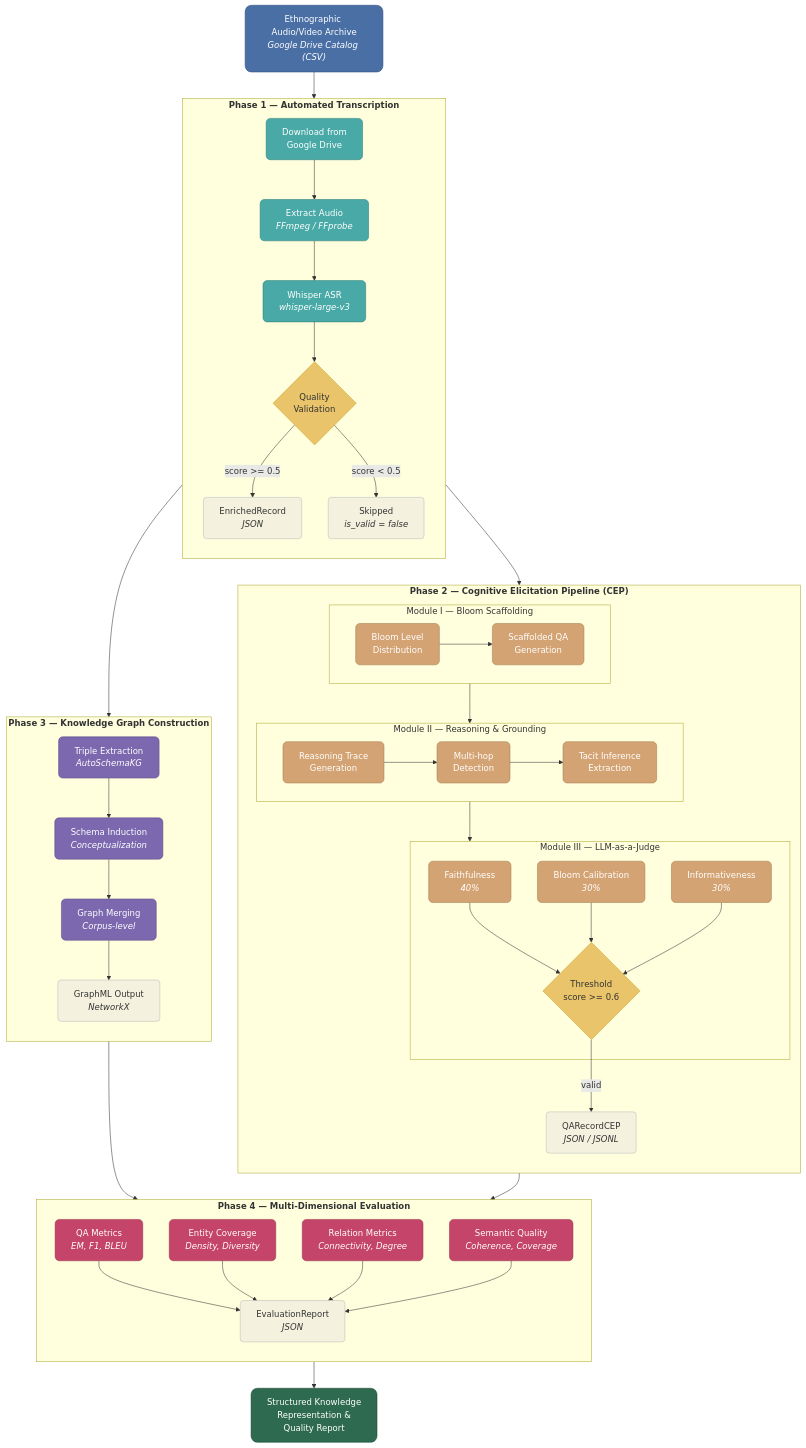
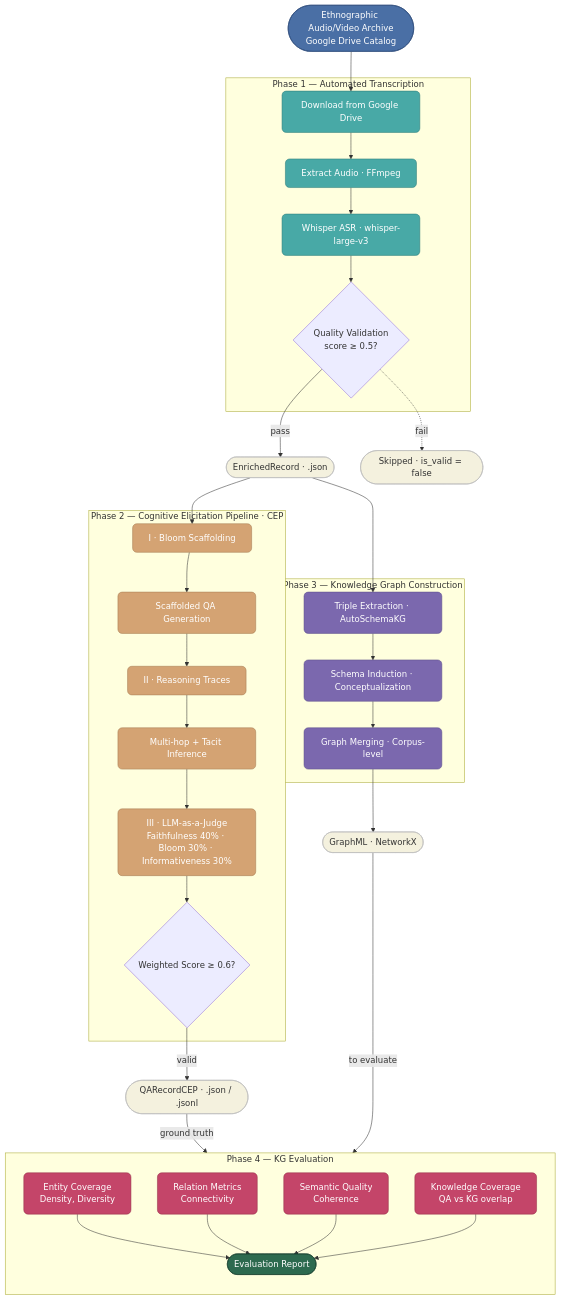
One commit to FredDsR/arandu changed the first of 7 diagrams in docs/methodology.md. Above: the diagram before and after it, drawn with Mermaid. The commit also changed other lines of this file, not shown here.

Commit message:
docs: fix methodology diagram layout and evaluation semantics
- Restructure Mermaid diagrams to prevent node/label overlap by removing nested subgraphs, using invisible links for rank control, and pulling artifacts outside subgraph boundaries
- Correct evaluation framing: QA dataset serves as ground truth to assess KG knowledge capture, not as an independent evaluation target
- Replace QA Metrics (F1) with Knowledge Coverage as the primary bridge metric between the CEP and KG pipelines
- Simplify node labels and shorten subgraph titles to fit within rendered bounding boxes

````diff
--- a/docs/methodology.md
+++ b/docs/methodology.md
@@ -15,88 +15,66 @@
 ```mermaid
-flowchart TB
-    %% ── Styling ──────────────────────────────────────────────
+flowchart TD
     classDef input fill:#4a6fa5,stroke:#2d4a7a,color:#fff,rx:12,ry:12
-    classDef phase1 fill:#48a9a6,stroke:#2d7a78,color:#fff,rx:8,ry:8
-    classDef phase2 fill:#d4a373,stroke:#a67c52,color:#fff,rx:8,ry:8
-    classDef phase3 fill:#7b68ae,stroke:#5a4d8a,color:#fff,rx:8,ry:8
-    classDef phase4 fill:#c44569,stroke:#943349,color:#fff,rx:8,ry:8
-    classDef output fill:#2d6a4f,stroke:#1b4332,color:#fff,rx:12,ry:12
-    classDef decision fill:#e9c46a,stroke:#c9a227,color:#333,rx:4,ry:4
-    classDef artifact fill:#f4f1de,stroke:#bbb,color:#333,rx:6,ry:6
+    classDef p1 fill:#48a9a6,stroke:#2d7a78,color:#fff,rx:8,ry:8
+    classDef p2 fill:#d4a373,stroke:#a67c52,color:#fff,rx:8,ry:8
+    classDef p3 fill:#7b68ae,stroke:#5a4d8a,color:#fff,rx:8,ry:8
+    classDef p4 fill:#c44569,stroke:#943349,color:#fff,rx:8,ry:8
+    classDef out fill:#2d6a4f,stroke:#1b4332,color:#fff,rx:12,ry:12
+    classDef data fill:#f4f1de,stroke:#bbb,color:#333,rx:6,ry:6
 
-    %% ── Input ────────────────────────────────────────────────
-    IN["Ethnographic Audio/Video Archive<br/><i>Google Drive Catalog (CSV)</i>"]:::input
+    IN(["Ethnographic Audio/Video Archive<br/>Google Drive Catalog"]):::input
 
-    %% ── Phase 1: Transcription ──────────────────────────────
-    subgraph P1["<b>Phase 1 &mdash; Automated Transcription</b>"]
-        direction TB
-        DL["Download from<br/>Google Drive"]:::phase1
-        FF["Extract Audio<br/><i>FFmpeg / FFprobe</i>"]:::phase1
-        WH["Whisper ASR<br/><i>whisper-large-v3</i>"]:::phase1
-        QV{"Quality<br/>Validation"}:::decision
-        ER["EnrichedRecord<br/><i>JSON</i>"]:::artifact
-        SK["Skipped<br/><i>is_valid = false</i>"]:::artifact
+    IN --> DL
 
+    subgraph P1["Phase 1 — Automated Transcription"]
+        DL["Download from Google Drive"]:::p1
+        FF["Extract Audio · FFmpeg"]:::p1
+        WH["Whisper ASR · whisper-large-v3"]:::p1
+        QV{"Quality Validation<br/>score ≥ 0.5?"}
         DL --> FF --> WH --> QV
-        QV -- "score >= 0.5" --> ER
-        QV -- "score < 0.5" --> SK
     end
 
-    %% ── Phase 2: CEP QA Generation ─────────────────────────
-    subgraph P2["<b>Phase 2 &mdash; Cognitive Elicitation Pipeline (CEP)</b>"]
-        direction TB
-        subgraph M1["Module I &mdash; Bloom Scaffolding"]
-            BL["Bloom Level<br/>Distribution"]:::phase2
-            SG["Scaffolded QA<br/>Generation"]:::phase2
-            BL --> SG
-        end
-        subgraph M2["Module II &mdash; Reasoning & Grounding"]
-            RT["Reasoning Trace<br/>Generation"]:::phase2
-            MH["Multi-hop<br/>Detection"]:::phase2
-            TI["Tacit Inference<br/>Extraction"]:::phase2
-            RT --> MH --> TI
-        end
-        subgraph M3["Module III &mdash; LLM-as-a-Judge"]
-            FA["Faithfulness<br/><i>40%</i>"]:::phase2
-            BC["Bloom Calibration<br/><i>30%</i>"]:::phase2
-            IF["Informativeness<br/><i>30%</i>"]:::phase2
-            VD{"Threshold<br/>score >= 0.6"}:::decision
-            FA & BC & IF --> VD
-        end
-        QR["QARecordCEP<br/><i>JSON / JSONL</i>"]:::artifact
+    QV -->|pass| ER(["EnrichedRecord · .json"]):::data
+    QV -.->|fail| SK(["Skipped · is_valid = false"]):::data
 
-        M1 --> M2 --> M3
-        VD -- "valid" --> QR
+    ER --> BL
+    ER --> TE
+
+    subgraph P2["Phase 2 — Cognitive Elicitation Pipeline · CEP"]
+        BL["I · Bloom Scaffolding"]:::p2
+        SG["Scaffolded QA Generation"]:::p2
+        RT["II · Reasoning Traces"]:::p2
+        MH["Multi-hop + Tacit Inference"]:::p2
+        JU["III · LLM-as-a-Judge<br/>Faithfulness 40% · Bloom 30% · Informativeness 30%"]:::p2
+        VD{"Weighted Score ≥ 0.6?"}
+        BL --> SG --> RT --> MH --> JU --> VD
     end
 
-    %% ── Phase 3: Knowledge Graph Construction ───────────────
-    subgraph P3["<b>Phase 3 &mdash; Knowledge Graph Construction</b>"]
-        direction TB
-        TE["Triple Extraction<br/><i>AutoSchemaKG</i>"]:::phase3
-        SI["Schema Induction<br/><i>Conceptualization</i>"]:::phase3
-        GM["Graph Merging<br/><i>Corpus-level</i>"]:::phase3
-        GR["GraphML Output<br/><i>NetworkX</i>"]:::artifact
-
-        TE --> SI --> GM --> GR
+    subgraph P3["Phase 3 — Knowledge Graph Construction"]
+        TE["Triple Extraction · AutoSchemaKG"]:::p3
+        SI["Schema Induction · Conceptualization"]:::p3
+        GM["Graph Merging · Corpus-level"]:::p3
+        TE --> SI --> GM
     end
 
-    %% ── Phase 4: Evaluation ─────────────────────────────────
-    subgraph P4["<b>Phase 4 &mdash; Multi-Dimensional Evaluation</b>"]
+    VD -->|valid| QR(["QARecordCEP · .json / .jsonl"]):::data
+    GM --> GR(["GraphML · NetworkX"]):::data
+
+    P2 ~~~ P3
+
+    QR -->|ground truth| P4
+    GR -->|to evaluate| P4
+
+    subgraph P4["Phase 4 — KG Evaluation"]
         direction TB
-        QM["QA Metrics<br/><i>EM, F1, BLEU</i>"]:::phase4
-        EC["Entity Coverage<br/><i>Density, Diversity</i>"]:::phase4
-        RM["Relation Metrics<br/><i>Connectivity, Degree</i>"]:::phase4
-        SQ["Semantic Quality<br/><i>Coherence, Coverage</i>"]:::phase4
-        RP["EvaluationReport<br/><i>JSON</i>"]:::artifact
-
-        QM & EC & RM & SQ --> RP
+        EC["Entity Coverage<br/>Density, Diversity"]:::p4
+        RM["Relation Metrics<br/>Connectivity"]:::p4
+        SQ["Semantic Quality<br/>Coherence"]:::p4
+        KC["Knowledge Coverage<br/>QA vs KG overlap"]:::p4
+        RP(["Evaluation Report"]):::out
+        EC --> RP
+        RM --> RP
+        SQ --> RP
+        KC --> RP
     end
-
-    %% ── Connections ─────────────────────────────────────────
-    IN --> P1
-    ER --> P2
-    ER --> P3
-    QR --> P4
-    GR --> P4
-    RP --> OUT["Structured Knowledge<br/>Representation &<br/>Quality Report"]:::output
 ```
````
